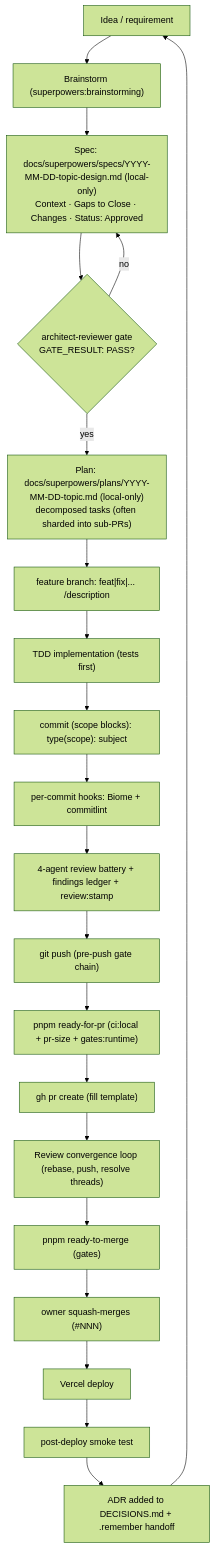
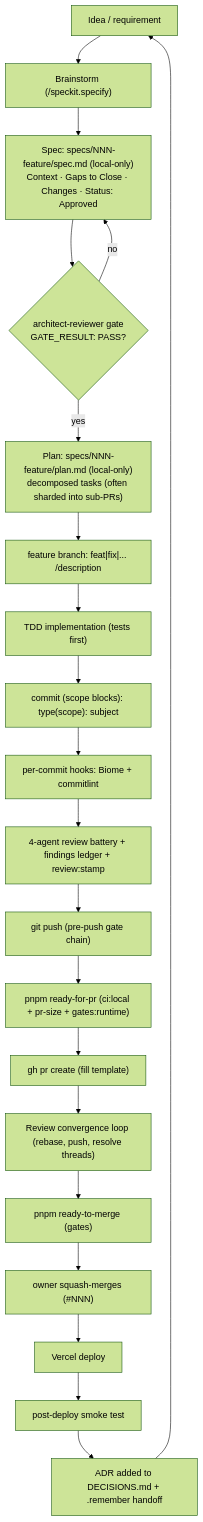
The first of 2 diagrams in docs/handbook/development-lifecycle.md (erikunha/portfolio), drawn with Mermaid (forest theme) before and after one commit. The commit also changed other lines of this file and 28 other files, not shown here.

````diff
--- a/docs/handbook/development-lifecycle.md
+++ b/docs/handbook/development-lifecycle.md
@@ -7,23 +7,23 @@
 ```mermaid
 flowchart TD
-    idea["Idea / requirement"] --> brainstorm["Brainstorm (superpowers:brainstorming)"]
-    brainstorm --> spec["Spec: docs/superpowers/specs/YYYY-MM-DD-topic-design.md (local-only)<br/>Context · Gaps to Close · Changes · Status: Approved"]
+    idea["Idea / requirement"] --> brainstorm["Brainstorm (/speckit.specify)"]
+    brainstorm --> spec["Spec: specs/NNN-feature/spec.md (local-only)<br/>Context · Gaps to Close · Changes · Status: Approved"]
     spec --> agate{"architect-reviewer gate<br/>GATE_RESULT: PASS?"}
     agate -->|no| spec
-    agate -->|yes| plan["Plan: docs/superpowers/plans/YYYY-MM-DD-topic.md (local-only)<br/>decomposed tasks (often sharded into sub-PRs)"]
+    agate -->|yes| plan["Plan: specs/NNN-feature/plan.md (local-only)<br/>decomposed tasks (often sharded into sub-PRs)"]
     plan --> branch["feature branch: feat|fix|... /description"]
     branch --> tdd["TDD implementation (tests first)"]
     tdd --> commit["commit (scope blocks): type(scope): subject"]
     commit --> hooks["per-commit hooks: Biome + commitlint"]
     hooks --> battery["4-agent review battery + findings ledger + review:stamp"]
     battery --> push["git push (pre-push gate chain)"]
     push --> readypr["pnpm ready-for-pr (ci:local + pr-size + gates:runtime)"]
     readypr --> pr["gh pr create (fill template)"]
     pr --> conv["Review convergence loop (rebase, push, resolve threads)"]
     conv --> readymerge["pnpm ready-to-merge (gates)"]
     readymerge --> merge["owner squash-merges (#NNN)"]
     merge --> deploy["Vercel deploy"]
     deploy --> smoke["post-deploy smoke test"]
     smoke --> adr["ADR added to DECISIONS.md + .remember handoff"]
     adr --> idea
 ```
````
